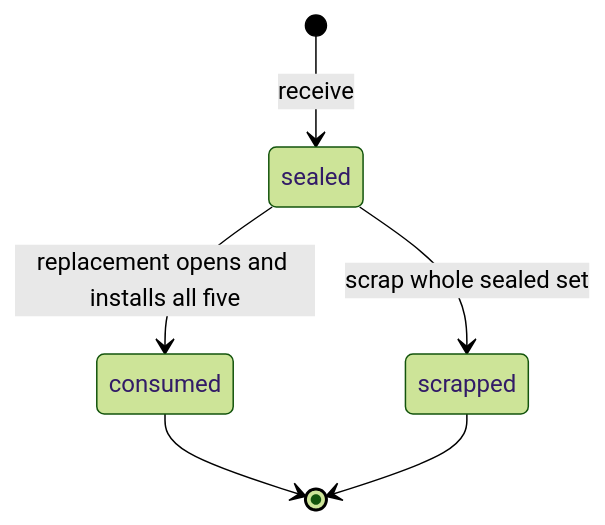
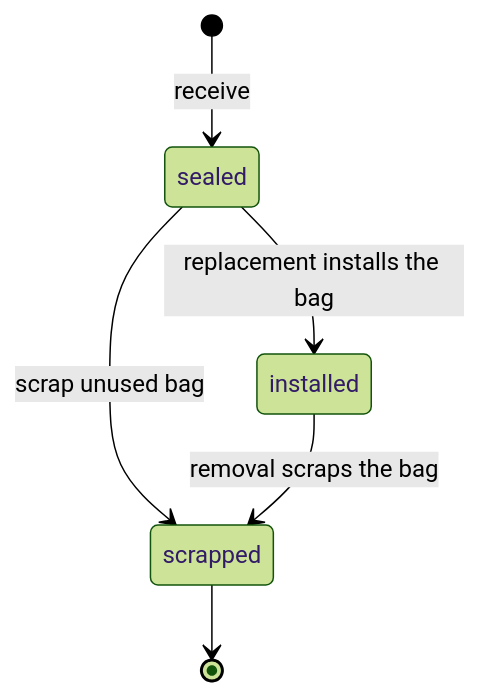
Before and after one commit to wilesy7404/Colt: the second of 4 diagrams in docs/specs/inventory.md, drawn with Mermaid (forest theme). The commit also changed other lines of this file, not shown here.

First line of the commit message:
Track wheel studs as one labeled bag, not as individual studs.

````diff
--- a/docs/specs/inventory.md
+++ b/docs/specs/inventory.md
@@ -211,8 +207,8 @@
 ```mermaid
 stateDiagram-v2
   [*] --> sealed: receive
-  sealed --> consumed: replacement opens and installs all five
-  sealed --> scrapped: scrap whole sealed set
-  consumed --> [*]
+  sealed --> installed: replacement installs the bag
+  sealed --> scrapped: scrap unused bag
+  installed --> scrapped: removal scraps the bag
   scrapped --> [*]
 ```
````
